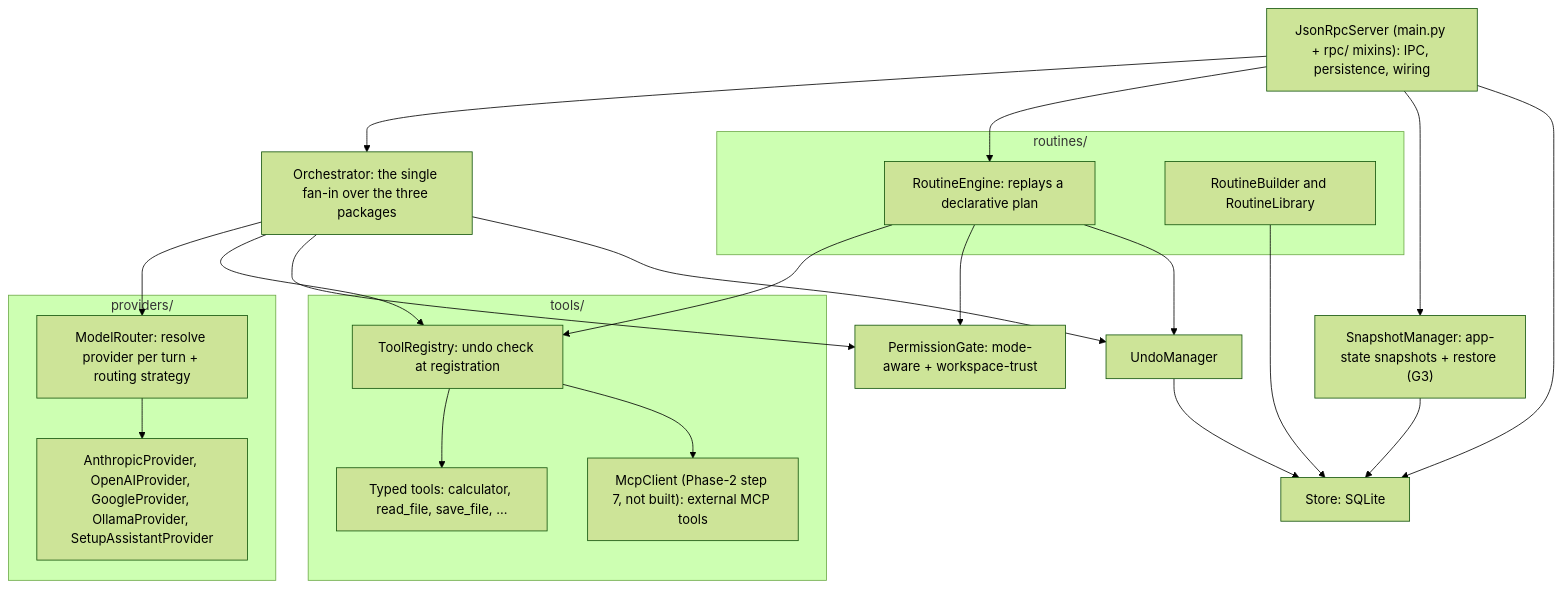
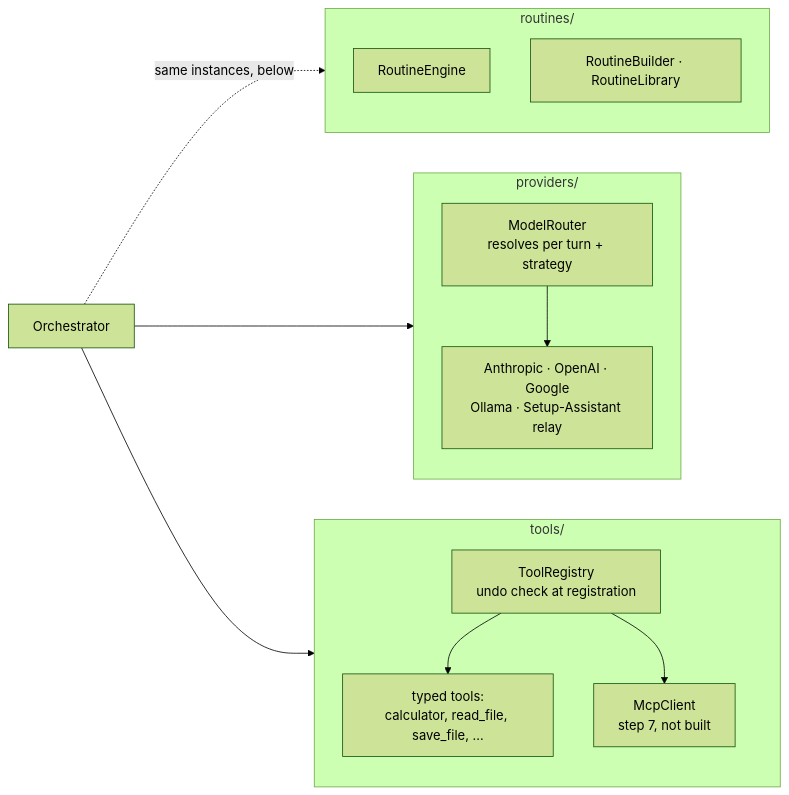
Before and after one commit to N041M/Addison: the third of 4 diagrams in docs/architecture.md, drawn with Mermaid (forest theme). The commit also changed other lines of this file and 2 other files, not shown here.

First paragraph of the commit message:
docs: untangle the architecture graph and stop the ER overflowing
Both reported from the rendered docs, 2026-07-27.

````diff
--- a/docs/architecture.md
+++ b/docs/architecture.md
@@ -174,42 +189,27 @@
 ```mermaid
-flowchart TB
-    Server["JsonRpcServer (main.py + rpc/ mixins): IPC, persistence, wiring"]
-    Orch["Orchestrator: the single fan-in over the three packages"]
+flowchart LR
+    Orch["Orchestrator"]
 
     subgraph tools["tools/"]
-        TR["ToolRegistry: undo check at registration"]
-        Tool["Typed tools: calculator, read_file, save_file, ..."]
-        MCP["McpClient (Phase-2 step 7, not built): external MCP tools"]
-    end
-    subgraph providers["providers/"]
-        MR["ModelRouter: resolve provider per turn + routing strategy"]
-        Prov["AnthropicProvider, OpenAIProvider, GoogleProvider, OllamaProvider, SetupAssistantProvider"]
-    end
-    subgraph routines["routines/"]
-        RE["RoutineEngine: replays a declarative plan"]
-        RBL["RoutineBuilder and RoutineLibrary"]
+        direction TB
+        TR["ToolRegistry<br/>undo check at registration"]
+        TR --> Tool["typed tools:<br/>calculator, read_file, save_file, …"]
+        TR --> MCP["McpClient<br/>step 7, not built"]
     end
 
-    PG["PermissionGate: mode-aware + workspace-trust"]
-    UM["UndoManager"]
-    SM["SnapshotManager: app-state snapshots + restore (G3)"]
-    Store["Store: SQLite"]
+    subgraph providers["providers/"]
+        direction TB
+        MR["ModelRouter<br/>resolves per turn + strategy"]
+        MR --> Prov["Anthropic · OpenAI · Google<br/>Ollama · Setup-Assistant relay"]
+    end
 
-    Server --> Orch
-    Server --> RE
-    Server --> SM
+    subgraph routines["routines/"]
+        direction TB
+        RE["RoutineEngine"]
+        RBL["RoutineBuilder · RoutineLibrary"]
+    end
+
+    Orch --> TR
     Orch --> MR
-    MR --> Prov
-    Orch --> TR
-    TR --> Tool
-    TR --> MCP
-    Orch --> PG
-    Orch --> UM
-    RE --> TR
-    RE --> PG
-    RE --> UM
-    UM --> Store
-    SM --> Store
-    RBL --> Store
-    Server --> Store
+    Orch -.->|"same instances, below"| RE
 ```
````
